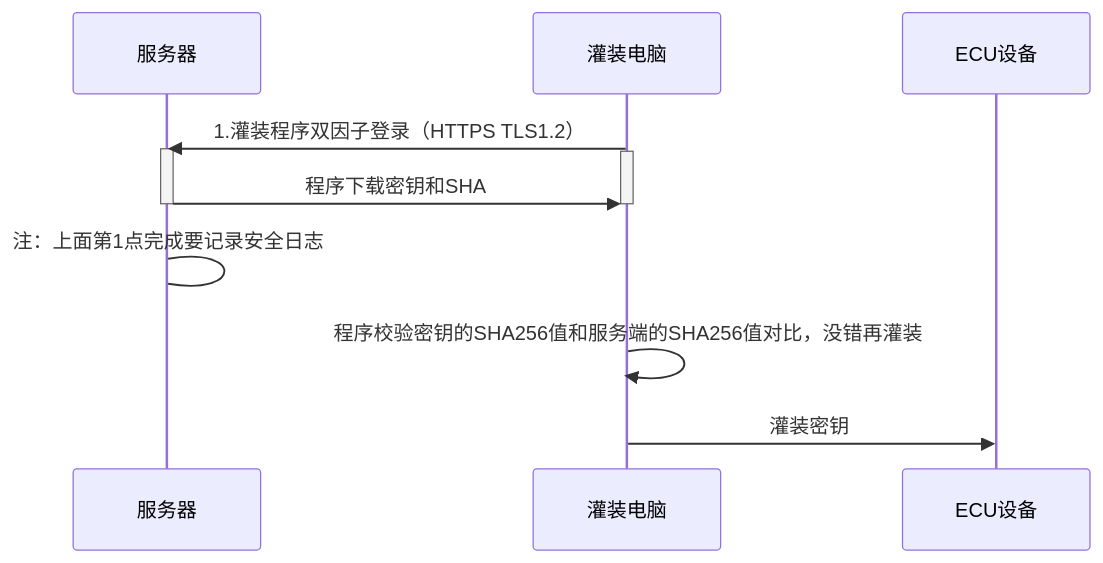
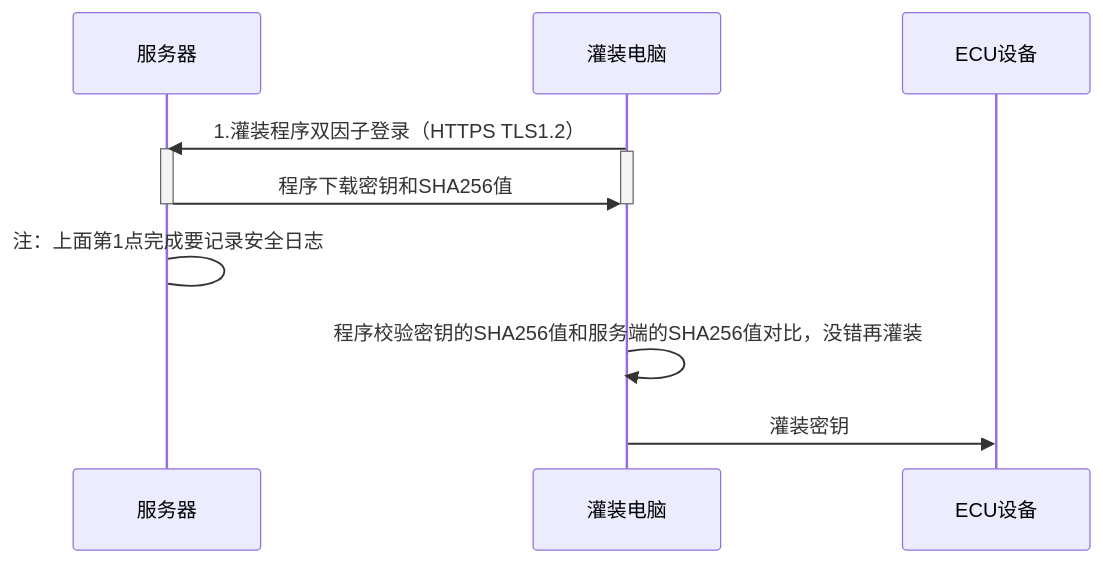
Before and after one commit to facebook-cloud/iodraw-files: the diagram in all/未命名-23.md, drawn with Mermaid.

Commit message:
2026-04-15 17:08:46 update

````diff
--- a/all/未命名-23.md
+++ b/all/未命名-23.md
@@ -1,19 +1,19 @@
 ```mermaid
 sequenceDiagram
   
     participant B as 服务器
     participant D as 灌装电脑
     participant E as ECU设备
 
     D->>B: 1.灌装程序双因子登录（HTTPS TLS1.2）
     activate B
     activate D
-    B->>D: 程序下载密钥和SHA
+    B->>D: 程序下载密钥和SHA256值
     deactivate B
     deactivate D
     B->B: 注：上面第1点完成要记录安全日志
 
     D->>D:程序校验密钥的SHA256值和服务端的SHA256值对比，没错再灌装
     
     D->>E: 灌装密钥
 ```
````
